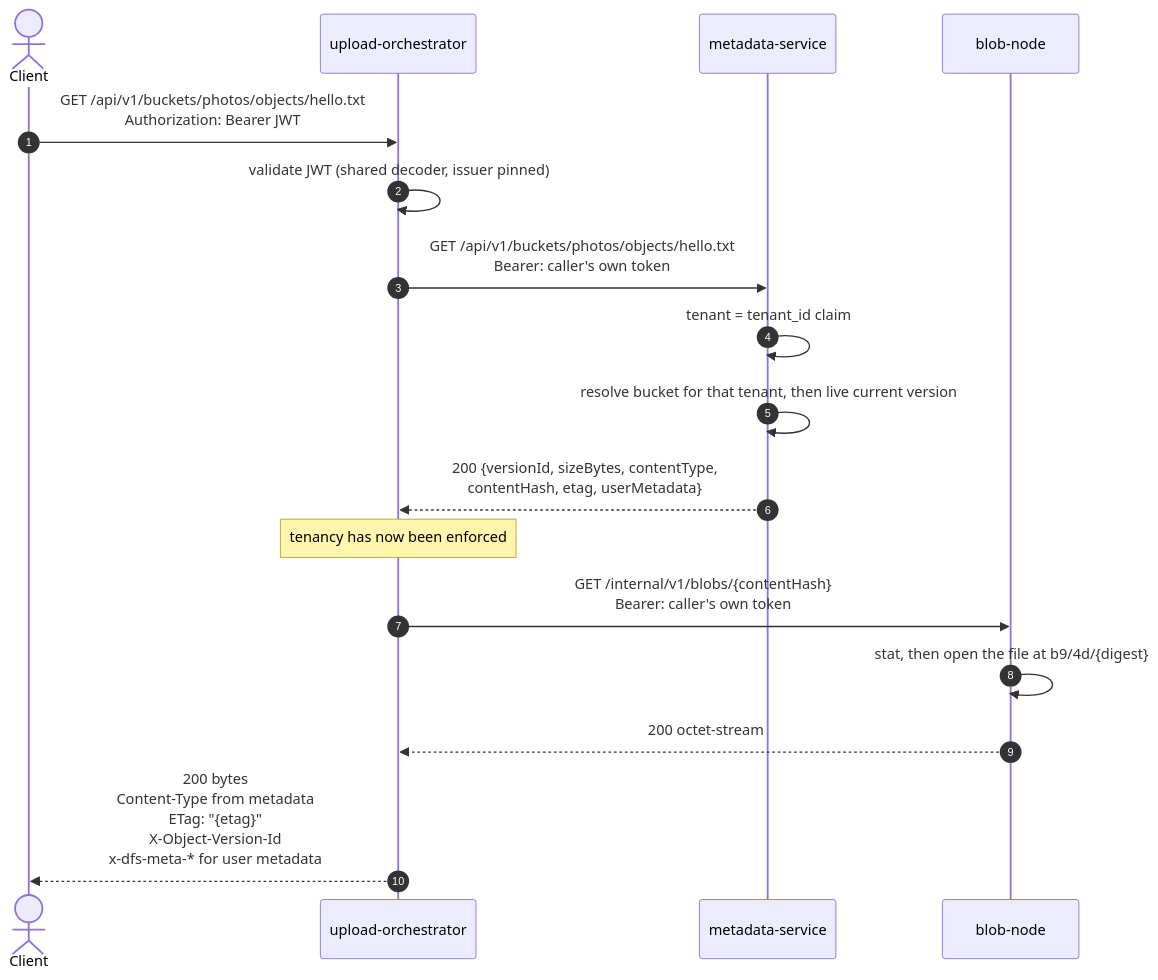
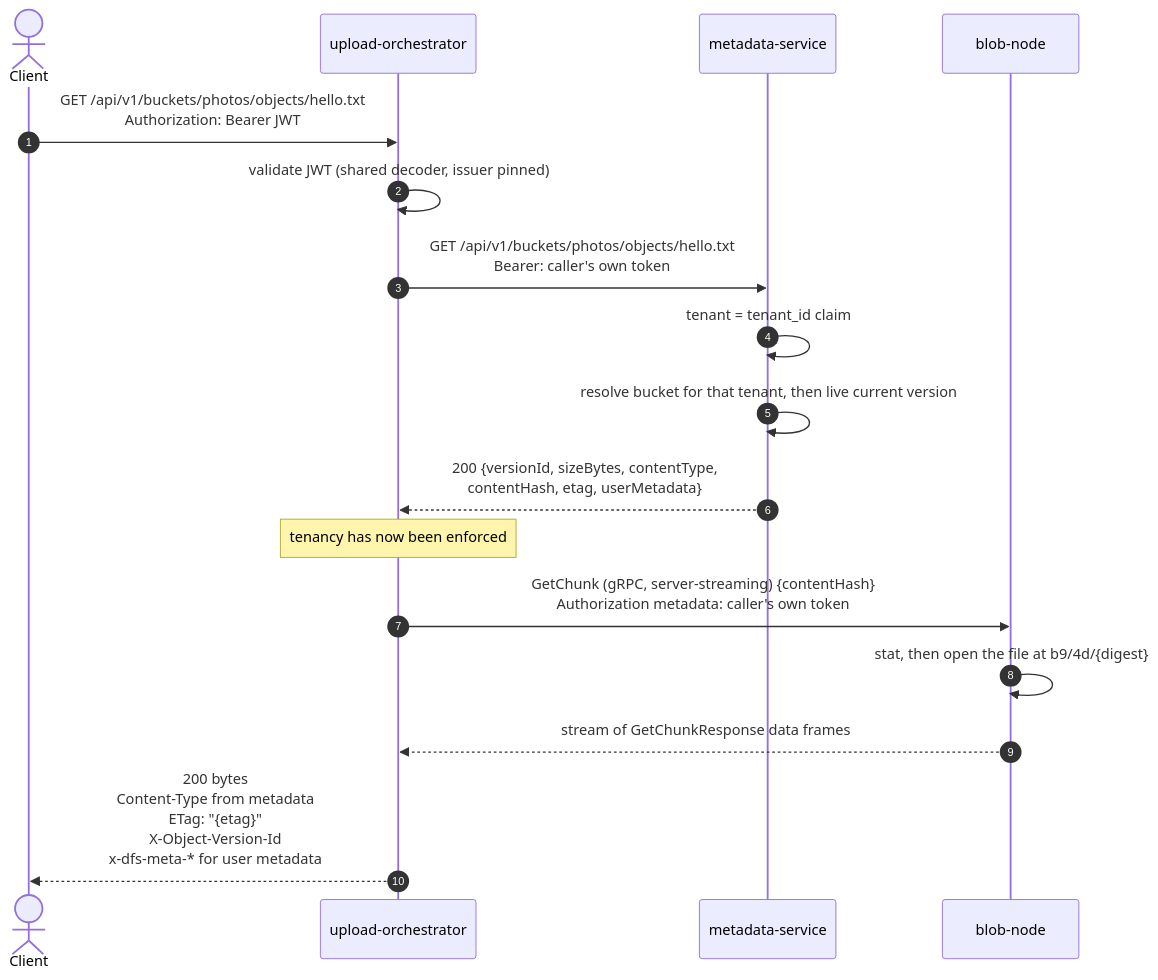
One commit to Samarateja0118/distributed-object-storage changed the first of 2 diagrams in docs/download-sequence.md. Above: the diagram before and after it, drawn with Mermaid. The commit also changed other lines of this file and 4 other files, not shown here.

````diff
--- a/docs/download-sequence.md
+++ b/docs/download-sequence.md
@@ -9,24 +9,24 @@
 ```mermaid
 sequenceDiagram
     autonumber
     actor C as Client
     participant O as upload-orchestrator
     participant M as metadata-service
     participant B as blob-node
 
     C->>O: GET /api/v1/buckets/photos/objects/hello.txt<br/>Authorization: Bearer JWT
     O->>O: validate JWT (shared decoder, issuer pinned)
 
     O->>M: GET /api/v1/buckets/photos/objects/hello.txt<br/>Bearer: caller's own token
     M->>M: tenant = tenant_id claim
     M->>M: resolve bucket for that tenant, then live current version
     M-->>O: 200 {versionId, sizeBytes, contentType,<br/>contentHash, etag, userMetadata}
 
     Note over O: tenancy has now been enforced
 
-    O->>B: GET /internal/v1/blobs/{contentHash}<br/>Bearer: caller's own token
+    O->>B: GetChunk (gRPC, server-streaming) {contentHash}<br/>Authorization metadata: caller's own token
     B->>B: stat, then open the file at b9/4d/{digest}
-    B-->>O: 200 octet-stream
+    B-->>O: stream of GetChunkResponse data frames
 
     O-->>C: 200 bytes<br/>Content-Type from metadata<br/>ETag: "{etag}"<br/>X-Object-Version-Id<br/>x-dfs-meta-* for user metadata
 ```
````
